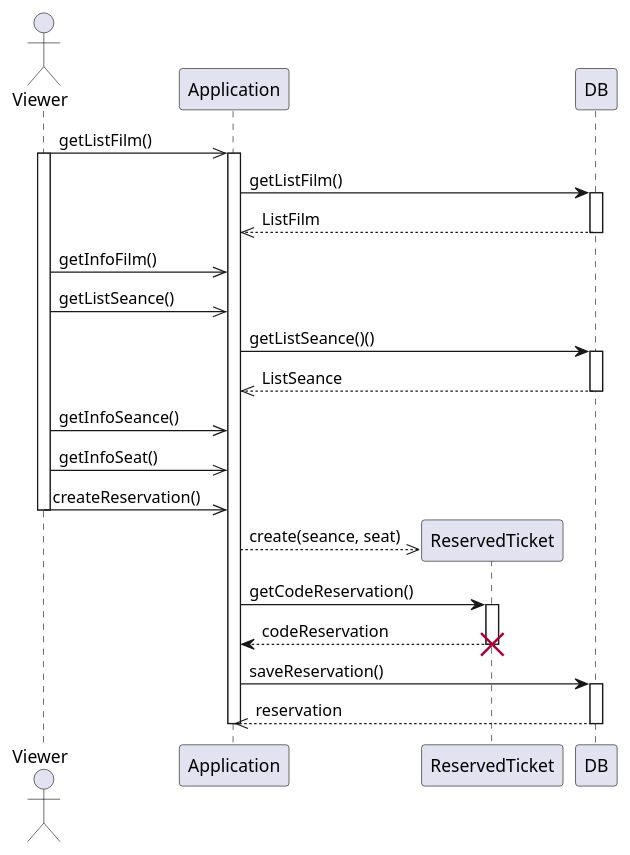
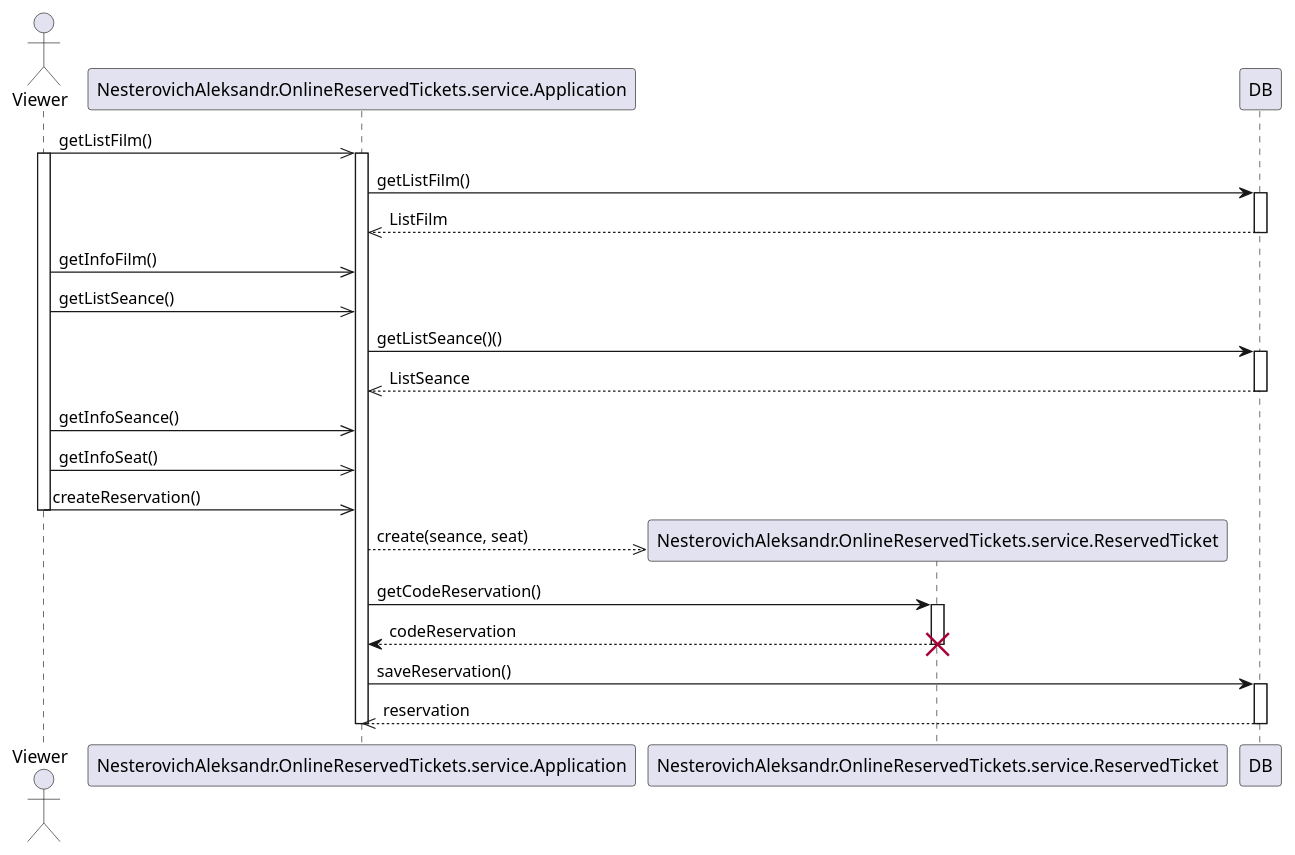
One commit to chivo-retsen/OnlineReservedTickets changed the diagram in src/main/resources/UML/reservation ticket.puml. Above: the diagram before and after it, drawn with PlantUML. The commit also changed 31 other files, not shown here.

```diff
--- a/src/main/resources/UML/reservation ticket.puml
+++ b/src/main/resources/UML/reservation ticket.puml
@@ -1,43 +1,43 @@
 @startuml
 
 actor Viewer
 
-Viewer ->> Application : getListFilm()
+Viewer ->> NesterovichAleksandr.OnlineReservedTickets.service.Application : getListFilm()
 activate Viewer
-activate Application
-Application -> DB : getListFilm()
+activate NesterovichAleksandr.OnlineReservedTickets.service.Application
+NesterovichAleksandr.OnlineReservedTickets.service.Application -> DB : getListFilm()
 activate DB
-Application <<-- DB : ListFilm
+NesterovichAleksandr.OnlineReservedTickets.service.Application <<-- DB : ListFilm
 deactivate DB
-Viewer ->> Application : getInfoFilm()
-Viewer ->> Application : getListSeance()
-Application -> DB : getListSeance()()
+Viewer ->> NesterovichAleksandr.OnlineReservedTickets.service.Application : getInfoFilm()
+Viewer ->> NesterovichAleksandr.OnlineReservedTickets.service.Application : getListSeance()
+NesterovichAleksandr.OnlineReservedTickets.service.Application -> DB : getListSeance()()
 activate DB
-Application <<-- DB : ListSeance
+NesterovichAleksandr.OnlineReservedTickets.service.Application <<-- DB : ListSeance
 deactivate DB
-Viewer ->> Application : getInfoSeance()
-Viewer ->> Application : getInfoSeat()
-Viewer ->> Application : createReservation()
+Viewer ->> NesterovichAleksandr.OnlineReservedTickets.service.Application : getInfoSeance()
+Viewer ->> NesterovichAleksandr.OnlineReservedTickets.service.Application : getInfoSeat()
+Viewer ->> NesterovichAleksandr.OnlineReservedTickets.service.Application : createReservation()
 deactivate Viewer
 
 
-create ReservedTicket
-Application -->> ReservedTicket : create(seance, seat)
-Application -> ReservedTicket : getCodeReservation()
-activate ReservedTicket
-Application <-- ReservedTicket : codeReservation
-deactivate ReservedTicket
-destroy ReservedTicket
+create NesterovichAleksandr.OnlineReservedTickets.service.ReservedTicket
+NesterovichAleksandr.OnlineReservedTickets.service.Application -->> NesterovichAleksandr.OnlineReservedTickets.service.ReservedTicket : create(seance, seat)
+NesterovichAleksandr.OnlineReservedTickets.service.Application -> NesterovichAleksandr.OnlineReservedTickets.service.ReservedTicket : getCodeReservation()
+activate NesterovichAleksandr.OnlineReservedTickets.service.ReservedTicket
+NesterovichAleksandr.OnlineReservedTickets.service.Application <-- NesterovichAleksandr.OnlineReservedTickets.service.ReservedTicket : codeReservation
+deactivate NesterovichAleksandr.OnlineReservedTickets.service.ReservedTicket
+destroy NesterovichAleksandr.OnlineReservedTickets.service.ReservedTicket
 
 
 
 database DB
 
-Application -> DB : saveReservation()
+NesterovichAleksandr.OnlineReservedTickets.service.Application -> DB : saveReservation()
 activate DB
-Application <<-- DB : reservation
+NesterovichAleksandr.OnlineReservedTickets.service.Application <<-- DB : reservation
 deactivate DB
 
-deactivate Application
+deactivate NesterovichAleksandr.OnlineReservedTickets.service.Application
 
 @enduml
```
